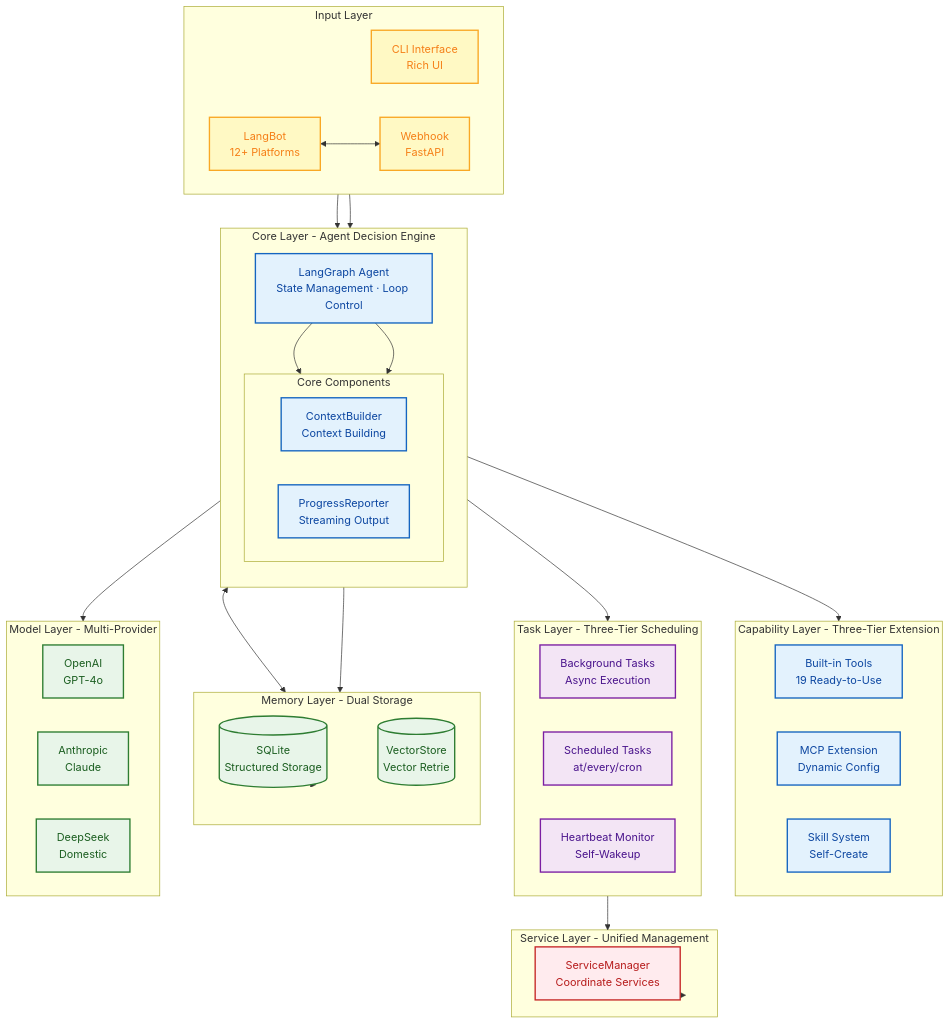
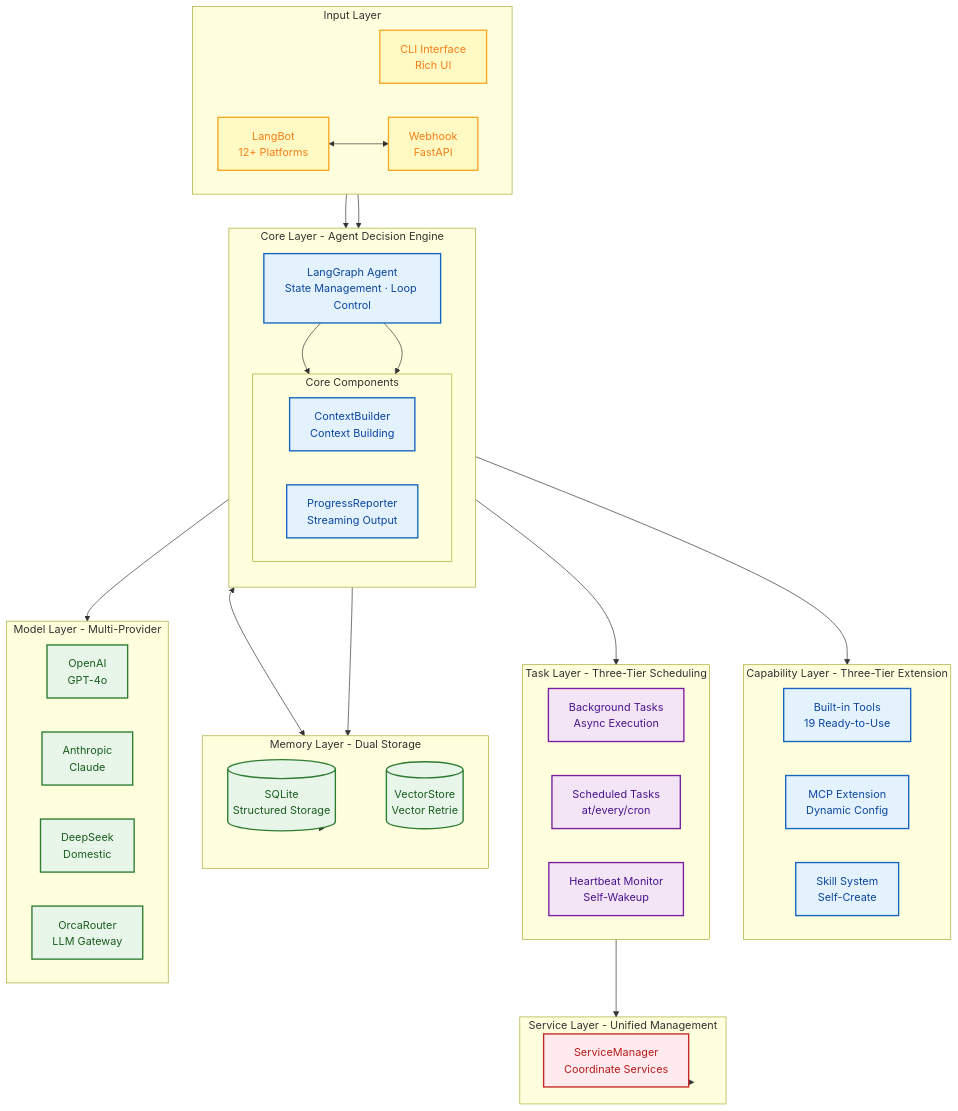
The second of 16 diagrams in README.md (xt765/FinchBot), drawn with Mermaid before and after one commit. The commit also changed 10 other files, not shown here.

First line of the commit message:
feat: add OrcaRouter as a named LLM provider

````diff
--- a/README.md
+++ b/README.md
@@ -107,74 +107,75 @@
 ```mermaid
 flowchart TB
     classDef input fill:#fff9c4,stroke:#f9a825,stroke-width:2px,color:#f57f17;
     classDef core fill:#e3f2fd,stroke:#1565c0,stroke-width:2px,color:#0d47a1;
     classDef task fill:#f3e5f5,stroke:#7b1fa2,stroke-width:2px,color:#4a148c;
     classDef infra fill:#e8f5e9,stroke:#2e7d32,stroke-width:2px,color:#1b5e20;
     classDef service fill:#ffebee,stroke:#c62828,stroke-width:2px,color:#b71c1c;
 
     subgraph Input [Input Layer]
         direction LR
         CLI[CLI Interface<br/>Rich UI]:::input
         LB[LangBot<br/>12+ Platforms]:::input
         Webhook[Webhook<br/>FastAPI]:::input
     end
 
     subgraph Core [Core Layer - Agent Decision Engine]
         direction TB
         Agent[LangGraph Agent<br/>State Management · Loop Control]:::core
         subgraph CoreModules [Core Components]
             direction LR
             Context[ContextBuilder<br/>Context Building]:::core
             Streaming[ProgressReporter<br/>Streaming Output]:::core
         end
     end
 
     subgraph Capabilities [Capability Layer - Three-Tier Extension]
         direction LR
         BuiltIn[Built-in Tools<br/>19 Ready-to-Use]:::core
         MCP[MCP Extension<br/>Dynamic Config]:::core
         Skills[Skill System<br/>Self-Create]:::core
     end
 
     subgraph Task [Task Layer - Three-Tier Scheduling]
         direction LR
         BG[Background Tasks<br/>Async Execution]:::task
         Cron[Scheduled Tasks<br/>at/every/cron]:::task
         Heart[Heartbeat Monitor<br/>Self-Wakeup]:::task
     end
 
     subgraph Service [Service Layer - Unified Management]
         SM[ServiceManager<br/>Coordinate Services]:::service
     end
 
     subgraph Memory [Memory Layer - Dual Storage]
         direction LR
         SQLite[(SQLite<br/>Structured Storage)]:::infra
         Vector[(VectorStore<br/>Vector Retrie)]:::infra
     end
 
     subgraph LLM [Model Layer - Multi-Provider]
         direction LR
         OpenAI[OpenAI<br/>GPT-4o]:::infra
         Anthropic[Anthropic<br/>Claude]:::infra
         DeepSeek[DeepSeek<br/>Domestic]:::infra
+        OrcaRouter[OrcaRouter<br/>LLM Gateway]:::infra
     end
 
     CLI --> Agent
     LB <--> Webhook
     Webhook --> Agent
 
     Agent --> Context
     Agent --> Streaming
     Agent --> Capabilities
     Agent --> Task
     Agent <--> Memory
     Agent --> LLM
 
     Task --> Service
     Service --> SM
 
     Context --> Memory
     Memory --> SQLite
     Memory --> Vector
 ```
````
